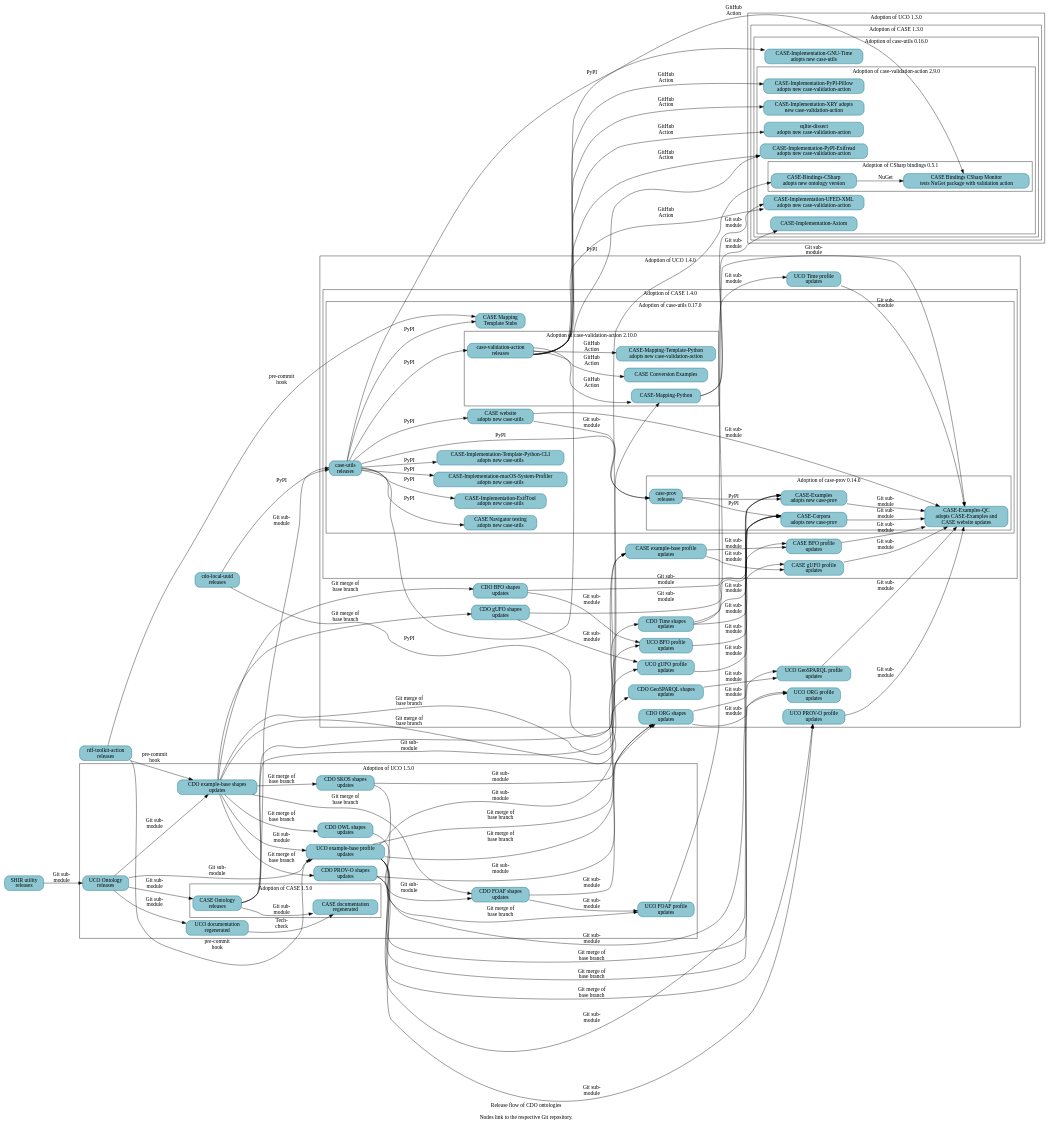
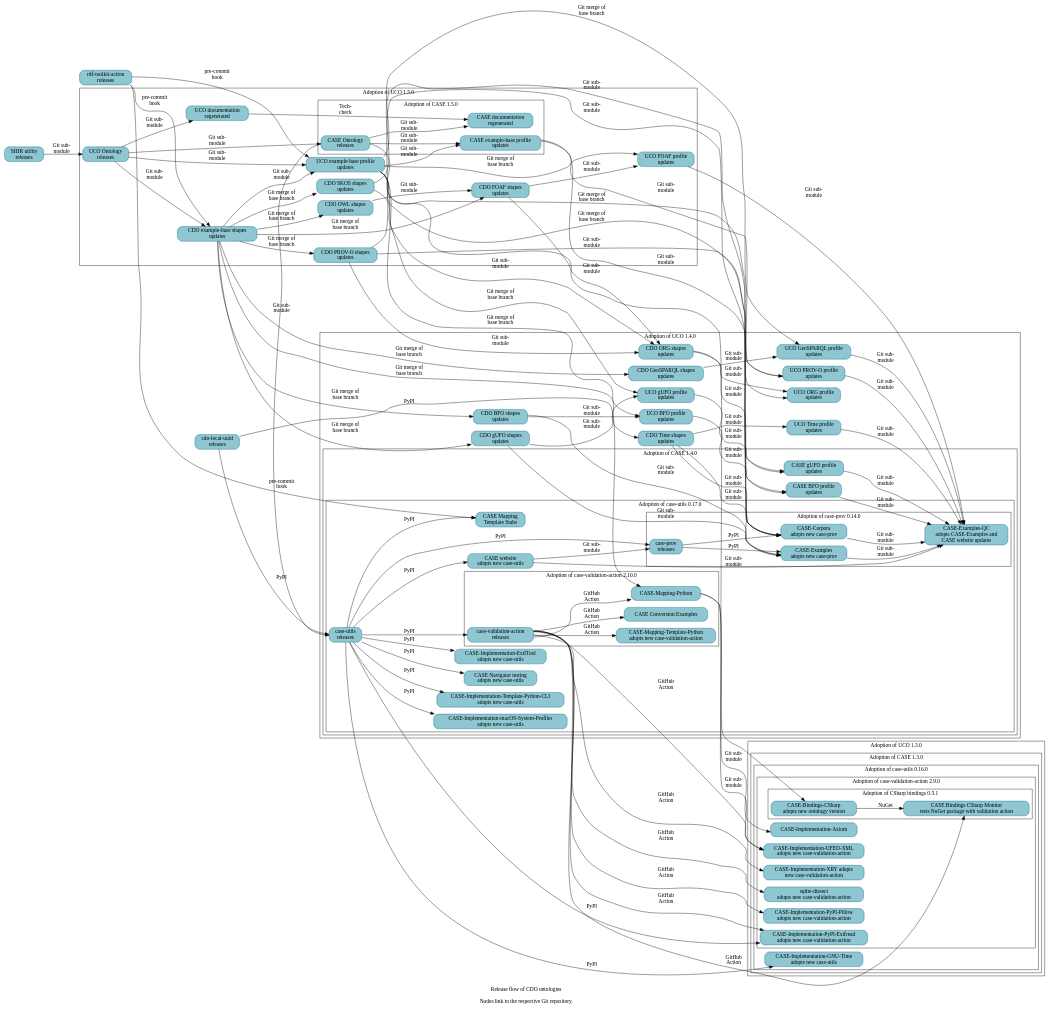
The diagram in resources/project_release_flow.dot (Cyber-Domain-Ontology/cdo.github.io), drawn with Graphviz before and after one commit. The commit also changed other lines of this file, not shown here.

First line of the commit message:
Bump adoption of CASE

```diff
--- a/resources/project_release_flow.dot
+++ b/resources/project_release_flow.dot
@@ -58,7 +58,6 @@
       label = "Adoption of CASE 1.4.0" ;
 
       _GH__CASEWORK__CASE_PROFILE_BFO [URL="https://github.com/casework/CASE-Profile-BFO" label="CASE BFO profile\nupdates"] ;
-      _GH__CASEWORK__CASE_PROFILE_EXAMPLE [URL="https://github.com/casework/CASE-Profile-Example" label="CASE example-base profile\nupdates"] ;
       _GH__CASEWORK__CASE_PROFILE_GUFO [URL="https://github.com/casework/CASE-Profile-gufo" label="CASE gUFO profile\nupdates"] ;
 
       subgraph cluster_case_utils_0_17_0 {
@@ -110,6 +109,7 @@
       label = "Adoption of CASE 1.5.0" ;
 
       _GH__CASEWORK__CASE [URL="https://github.com/casework/CASE" label="CASE Ontology\nreleases"] ;
+      _GH__CASEWORK__CASE_PROFILE_EXAMPLE [URL="https://github.com/casework/CASE-Profile-Example" label="CASE example-base profile\nupdates"] ;
       _GH__CASEWORK__ONTOLOGY_CASEONTOLOGY_ORG [URL="https://github.com/casework/ontology.caseontology.org" label="CASE documentation\nregenerated"] ;
     }
   }
```
